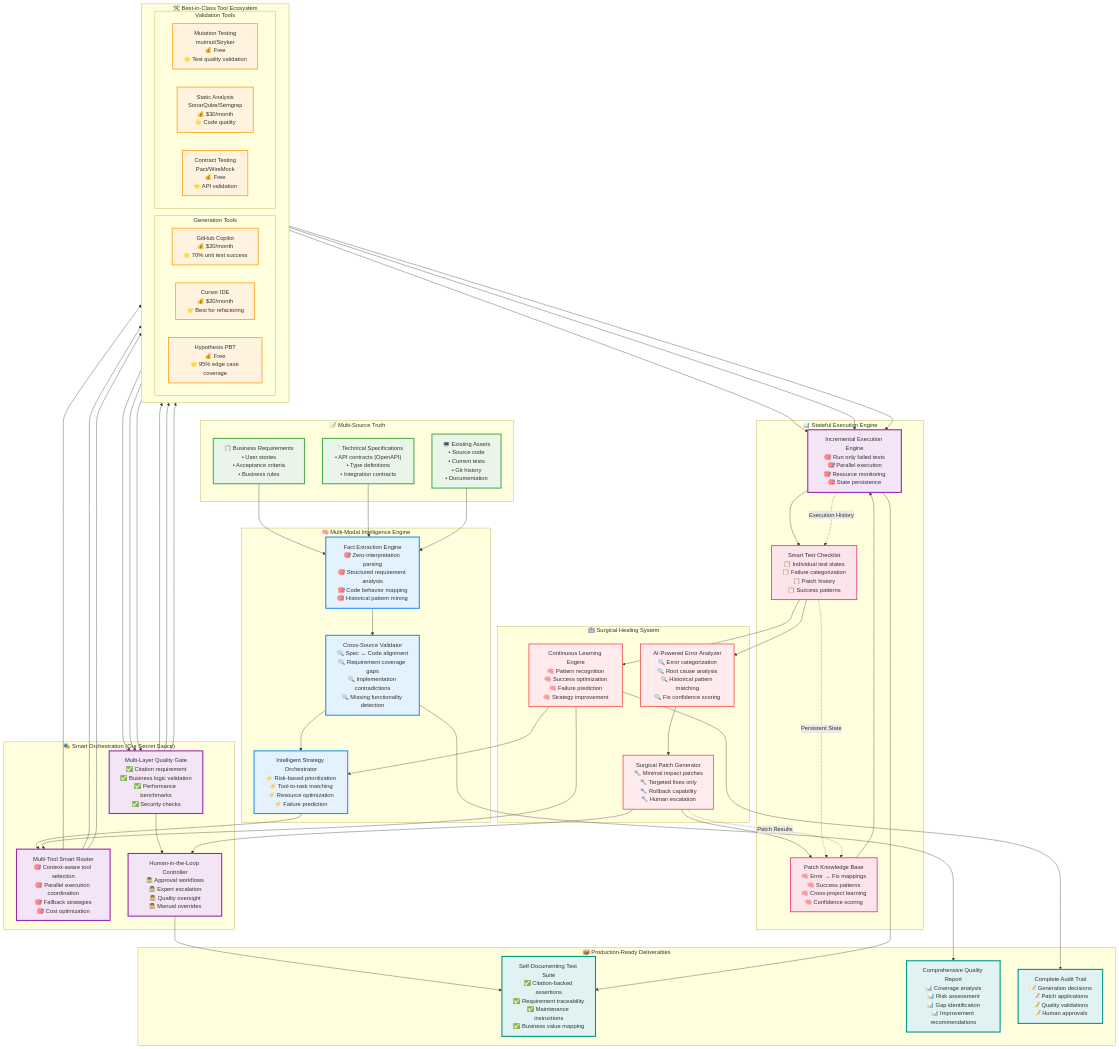
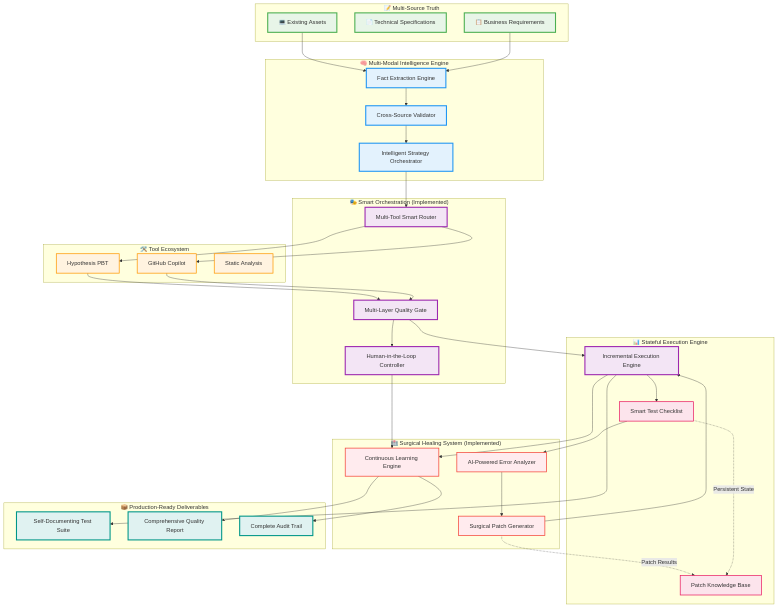
One commit to Cirkitly/code2test changed the diagram in README.md. Above: the diagram before and after it, drawn with Mermaid. The commit also changed other lines of this file, not shown here.

Commit message:
docs: Update README with complete architecture and implemented features

````diff
--- a/README.md
+++ b/README.md
@@ -26,128 +49,90 @@
 
     %% === INPUT LAYER ===
     subgraph "📝 Multi-Source Truth"
-        UserStories["📋 Business Requirements<br/>• User stories<br/>• Acceptance criteria<br/>• Business rules"]:::input
-        TechnicalSpecs["📄 Technical Specifications<br/>• API contracts (OpenAPI)<br/>• Type definitions<br/>• Integration contracts"]:::input
-        ExistingAssets["💻 Existing Assets<br/>• Source code<br/>• Current tests<br/>• Git history<br/>• Documentation"]:::input
+        UserStories["📋 Business Requirements"]:::input
+        TechnicalSpecs["📄 Technical Specifications"]:::input
+        ExistingAssets["💻 Existing Assets"]:::input
     end
 
     %% === INTELLIGENCE LAYER ===
     subgraph "🧠 Multi-Modal Intelligence Engine"
-        FactExtractor["Fact Extraction Engine<br/>🎯 Zero-interpretation parsing<br/>🎯 Structured requirement analysis<br/>🎯 Code behavior mapping<br/>🎯 Historical pattern mining"]:::intelligent
-        
-        CrossValidator["Cross-Source Validator<br/>🔍 Spec ↔ Code alignment<br/>🔍 Requirement coverage gaps<br/>🔍 Implementation contradictions<br/>🔍 Missing functionality detection"]:::intelligent
-        
-        StrategyOrchestrator["Intelligent Strategy Orchestrator<br/>⚡ Risk-based prioritization<br/>⚡ Tool-to-task matching<br/>⚡ Resource optimization<br/>⚡ Failure prediction"]:::intelligent
+        FactExtractor["Fact Extraction Engine"]:::intelligent
+        CrossValidator["Cross-Source Validator"]:::intelligent
+        StrategyOrchestrator["Intelligent Strategy Orchestrator"]:::intelligent
     end
 
-    %% === PROVEN TOOLS LAYER ===
-    subgraph "🛠️ Best-in-Class Tool Ecosystem"
-        direction LR
-        
-        subgraph Generation Tools
-            Copilot["GitHub Copilot<br/>💰 $20/month<br/>⭐ 70% unit test success"]:::existing
-            Cursor["Cursor IDE<br/>💰 $20/month<br/>⭐ Best for refactoring"]:::existing
-            Hypothesis["Hypothesis PBT<br/>💰 Free<br/>⭐ 95% edge case coverage"]:::existing
-        end
-        
-        subgraph Validation Tools
-            MutationTest["Mutation Testing<br/>mutmut/Stryker<br/>💰 Free<br/>⭐ Test quality validation"]:::existing
-            StaticAnalysis["Static Analysis<br/>SonarQube/Semgrep<br/>💰 $30/month<br/>⭐ Code quality"]:::existing
-            ContractTest["Contract Testing<br/>Pact/WireMock<br/>💰 Free<br/>⭐ API validation"]:::existing
-        end
+    %% === PROVEN TOOLS LAYER (Simplified) ===
+    subgraph "🛠️ Tool Ecosystem"
+        Copilot["GitHub Copilot"]:::existing
+        Hypothesis["Hypothesis PBT"]:::existing
+        StaticAnalysis["Static Analysis"]:::existing
+    end
+
+    %% === NOVEL COORDINATION LAYER (Implemented) ===
+    subgraph "🎭 Smart Orchestration (Implemented)"
+        MultiToolRouter["Multi-Tool Smart Router"]:::novel
+        QualityGate["Multi-Layer Quality Gate"]:::novel
+        HumanLoop["Human-in-the-Loop Controller"]:::novel
+    end
+
+    %% === HEALING LAYER (Implemented) ===
+    subgraph "🏥 Surgical Healing System (Implemented)"
+        ErrorAnalyzer["AI-Powered Error Analyzer"]:::healing
+        SurgicalHealer["Surgical Patch Generator"]:::healing
+        LearningEngine["Continuous Learning Engine"]:::healing
     end
 
     %% === INCREMENTAL STATE LAYER ===
     subgraph "📊 Stateful Execution Engine"
-        TestChecklist["Smart Test Checklist<br/>📋 Individual test states<br/>📋 Failure categorization<br/>📋 Patch history<br/>📋 Success patterns"]:::state
-        
-        ExecutionEngine["Incremental Execution Engine<br/>🎯 Run only failed tests<br/>🎯 Parallel execution<br/>🎯 Resource monitoring<br/>🎯 State persistence"]:::novel
-        
-        PatchDatabase["Patch Knowledge Base<br/>🧠 Error → Fix mappings<br/>🧠 Success patterns<br/>🧠 Cross-project learning<br/>🧠 Confidence scoring"]:::state
+        TestChecklist["Smart Test Checklist"]:::state
+        ExecutionEngine["Incremental Execution Engine"]:::novel
+        PatchDatabase["Patch Knowledge Base"]:::state
     end
 
-    %% === HEALING LAYER ===
-    subgraph "🏥 Surgical Healing System"
-        ErrorAnalyzer["AI-Powered Error Analyzer<br/>🔍 Error categorization<br/>🔍 Root cause analysis<br/>🔍 Historical pattern matching<br/>🔍 Fix confidence scoring"]:::healing
-        
-        SurgicalHealer["Surgical Patch Generator<br/>🔧 Minimal impact patches<br/>🔧 Targeted fixes only<br/>🔧 Rollback capability<br/>🔧 Human escalation"]:::healing
-        
-        LearningEngine["Continuous Learning Engine<br/>🧠 Pattern recognition<br/>🧠 Success optimization<br/>🧠 Failure prediction<br/>🧠 Strategy improvement"]:::healing
-    end
-
-    %% === NOVEL COORDINATION LAYER ===
-    subgraph "🎭 Smart Orchestration (Our Secret Sauce)"
-        MultiToolRouter["Multi-Tool Smart Router<br/>🎯 Context-aware tool selection<br/>🎯 Parallel execution coordination<br/>🎯 Fallback strategies<br/>🎯 Cost optimization"]:::novel
-        
-        QualityGate["Multi-Layer Quality Gate<br/>✅ Citation requirement<br/>✅ Business logic validation<br/>✅ Performance benchmarks<br/>✅ Security checks"]:::novel
-        
-        HumanLoop["Human-in-the-Loop Controller<br/>👨‍💻 Approval workflows<br/>👨‍💻 Expert escalation<br/>👨‍💻 Quality oversight<br/>👨‍💻 Manual overrides"]:::novel
-    end
-
-    %% === OUTPUT LAYER ===
+    %% === OUTPUT LAYER (Implemented) ===
     subgraph "📦 Production-Ready Deliverables"
-        TestSuite["Self-Documenting Test Suite<br/>✅ Citation-backed assertions<br/>✅ Requirement traceability<br/>✅ Maintenance instructions<br/>✅ Business value mapping"]:::output
-        
-        QualityReport["Comprehensive Quality Report<br/>📊 Coverage analysis<br/>📊 Risk assessment<br/>📊 Gap identification<br/>📊 Improvement recommendations"]:::output
-        
-        AuditTrail["Complete Audit Trail<br/>📝 Generation decisions<br/>📝 Patch applications<br/>📝 Quality validations<br/>📝 Human approvals"]:::output
+        TestSuite["Self-Documenting Test Suite"]:::output
+        QualityReport["Comprehensive Quality Report"]:::output
+        AuditTrail["Complete Audit Trail"]:::output
     end
 
     %% === CONNECTIONS ===
     
     %% Input to Intelligence
     UserStories --> FactExtractor
-    TechnicalSpecs --> FactExtractor
     ExistingAssets --> FactExtractor
-    
     FactExtractor --> CrossValidator
     CrossValidator --> StrategyOrchestrator
     
-    %% Intelligence to Tools
+    %% Intelligence to Orchestration
     StrategyOrchestrator --> MultiToolRouter
+    
+    %% Orchestration to Tools/Healing
     MultiToolRouter --> Copilot
-    MultiToolRouter --> Cursor
     MultiToolRouter --> Hypothesis
-    
-    %% Tools to Quality
     Copilot --> QualityGate
-    Cursor --> QualityGate
     Hypothesis --> QualityGate
     
-    QualityGate --> MutationTest
-    QualityGate --> StaticAnalysis
-    QualityGate --> ContractTest
+    %% Quality Gate to Execution/Escalation
+    QualityGate --> ExecutionEngine
+    QualityGate --> HumanLoop
     
-    %% Quality to Execution
-    MutationTest --> ExecutionEngine
-    StaticAnalysis --> ExecutionEngine
-    ContractTest --> ExecutionEngine
-    
+    %% Execution Loop
     ExecutionEngine --> TestChecklist
     TestChecklist --> ErrorAnalyzer
+    ErrorAnalyzer --> SurgicalHealer
+    SurgicalHealer --> ExecutionEngine
     
-    %% Healing Loop
-    ErrorAnalyzer --> SurgicalHealer
-    SurgicalHealer --> PatchDatabase
-    PatchDatabase --> ExecutionEngine
+    %% Final Outcomes
+    ExecutionEngine --> TestSuite
+    ExecutionEngine --> LearningEngine
+    HumanLoop --> LearningEngine
     
-    %% Learning Loop
-    TestChecklist --> LearningEngine
-    LearningEngine --> StrategyOrchestrator
-    LearningEngine --> MultiToolRouter
+    %% Reporting
+    LearningEngine --> QualityReport
+    LearningEngine --> AuditTrail
     
-    %% Human Oversight
-    QualityGate --> HumanLoop
-    SurgicalHealer --> HumanLoop
-    HumanLoop --> TestSuite
-    
-    %% Final Outputs
-    ExecutionEngine --> TestSuite
-    CrossValidator --> QualityReport
-    LearningEngine --> AuditTrail
-
     %% State Persistence
     TestChecklist -.->|"Persistent State"| PatchDatabase
-    ExecutionEngine -.->|"Execution History"| TestChecklist
     SurgicalHealer -.->|"Patch Results"| PatchDatabase
 ```
````
